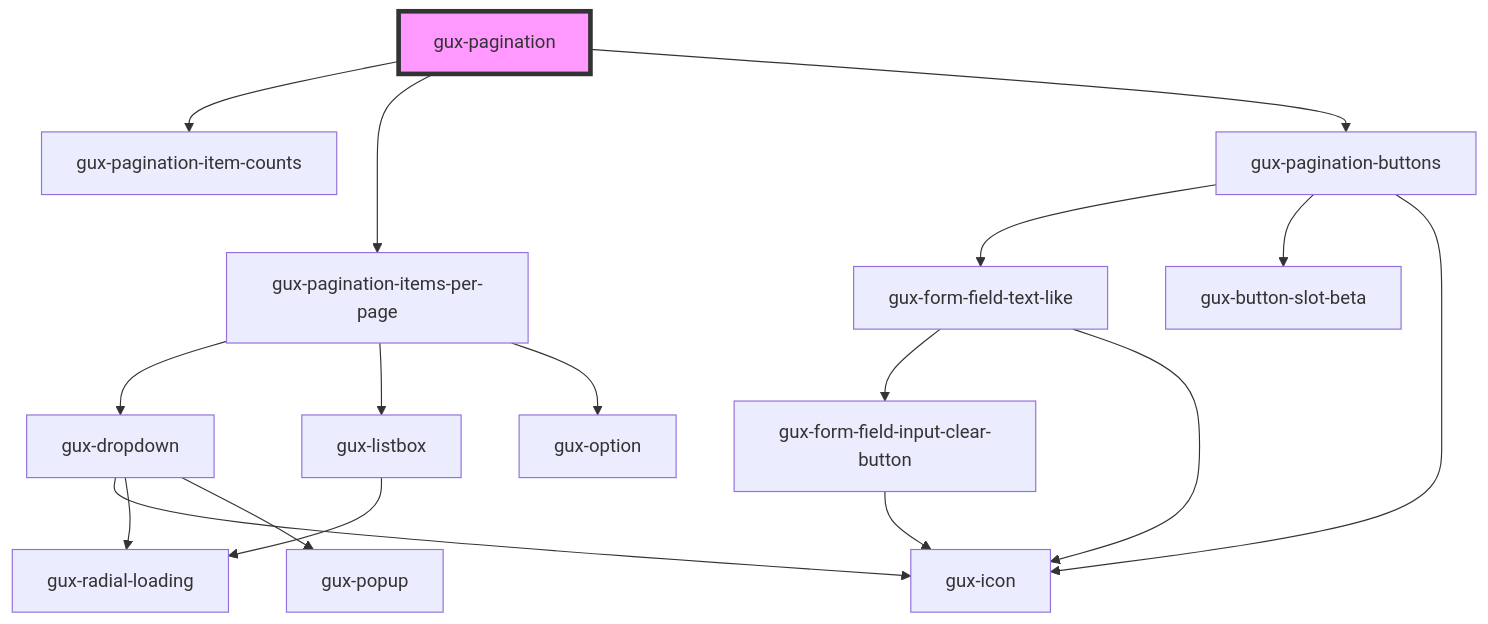
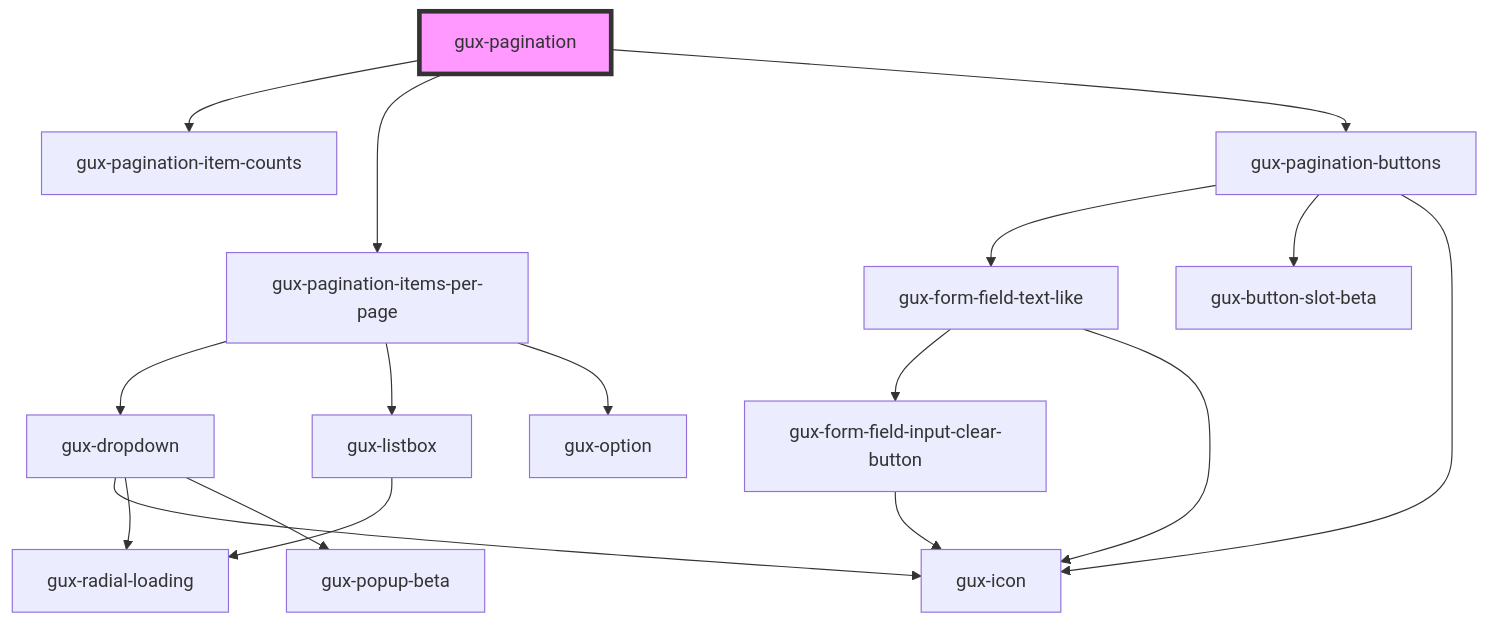
Before and after one commit to MyPureCloud/genesys-spark: the diagram in src/components/stable/gux-pagination/readme.md, drawn with Mermaid. The commit also changed 36 other files, not shown here.

First line of the commit message:
feat(gux-popup-beta): replace gux-popup with gux-popup-beta in components (#1145)

````diff
--- a/src/components/stable/gux-pagination/readme.md
+++ b/src/components/stable/gux-pagination/readme.md
@@ -41,20 +41,20 @@
 ```mermaid
 graph TD;
   gux-pagination --> gux-pagination-item-counts
   gux-pagination --> gux-pagination-items-per-page
   gux-pagination --> gux-pagination-buttons
   gux-pagination-items-per-page --> gux-dropdown
   gux-pagination-items-per-page --> gux-listbox
   gux-pagination-items-per-page --> gux-option
   gux-dropdown --> gux-icon
   gux-dropdown --> gux-radial-loading
-  gux-dropdown --> gux-popup
+  gux-dropdown --> gux-popup-beta
   gux-listbox --> gux-radial-loading
   gux-pagination-buttons --> gux-form-field-text-like
   gux-pagination-buttons --> gux-button-slot-beta
   gux-pagination-buttons --> gux-icon
   gux-form-field-text-like --> gux-form-field-input-clear-button
   gux-form-field-text-like --> gux-icon
   gux-form-field-input-clear-button --> gux-icon
   style gux-pagination fill:#f9f,stroke:#333,stroke-width:4px
 ```
````
